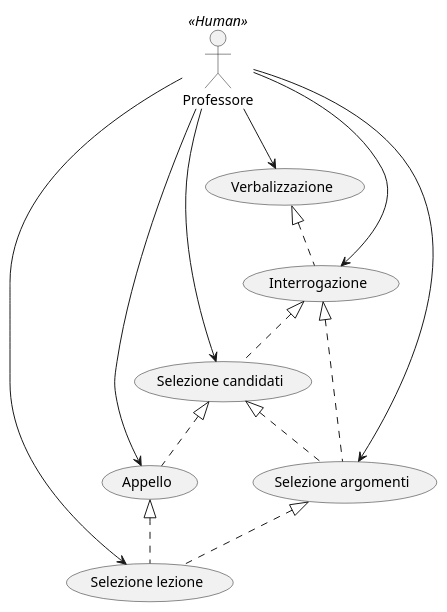
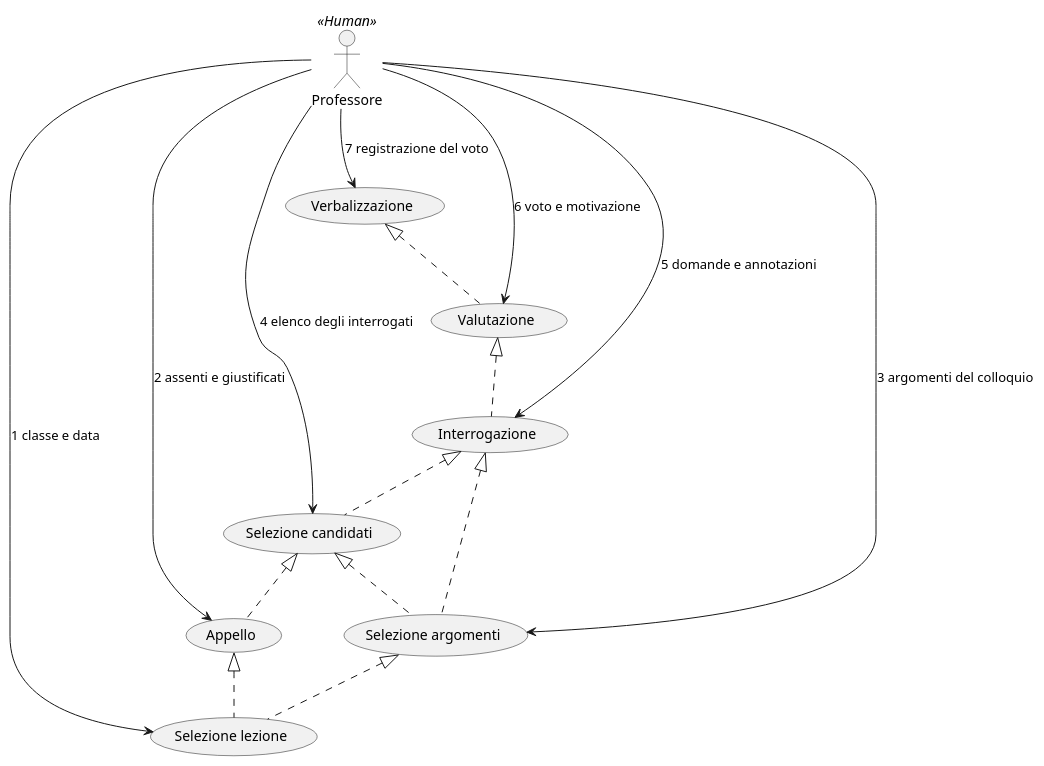
One commit to gionatamassibenincasa/materiale-didattico-per-argomento changed the first of 16 diagrams in analisi-e-progettazione-software/problemi/prove_orali/prove_orali.md. Above: the diagram before and after it, drawn with PlantUML. The commit also changed 1 other file, not shown here.

Commit message:
Aggiornato USE CASE con nuovo caso duso sulla valutazione

```diff
--- a/analisi-e-progettazione-software/problemi/prove_orali/prove_orali.md
+++ b/analisi-e-progettazione-software/problemi/prove_orali/prove_orali.md
@@ -90,29 +90,33 @@
 @startuml
 actor Professore as P <<Human>>
 
 usecase "Selezione lezione" as SL
-P --> SL
+P --> SL : 1 classe e data
 
 usecase "Appello" as A
-P --> A
+P --> A : 2 assenti e giustificati
 A <|.. SL
 
 usecase "Selezione argomenti" as SA
-P --> SA
+P --> SA : 3 argomenti del colloquio
 SA <|.. SL
 
 usecase "Selezione candidati" as SC
-P --> SC
+P --> SC : 4 elenco degli interrogati
 SC <|.. SA
 SC <|.. A
 
 usecase "Interrogazione" AS I
-P --> I
+P --> I : 5 domande e annotazioni
 I <|.. SC
 I <|.. SA
 
-usecase "Verbalizzazione" AS V
-P --> V
-V <|.. I
+usecase "Valutazione" AS Val
+P --> Val : 6 voto e motivazione
+Val <|.. I
+
+usecase "Verbalizzazione" AS Ver
+P --> Ver : 7 registrazione del voto
+Ver <|.. Val
 
 @enduml
```
